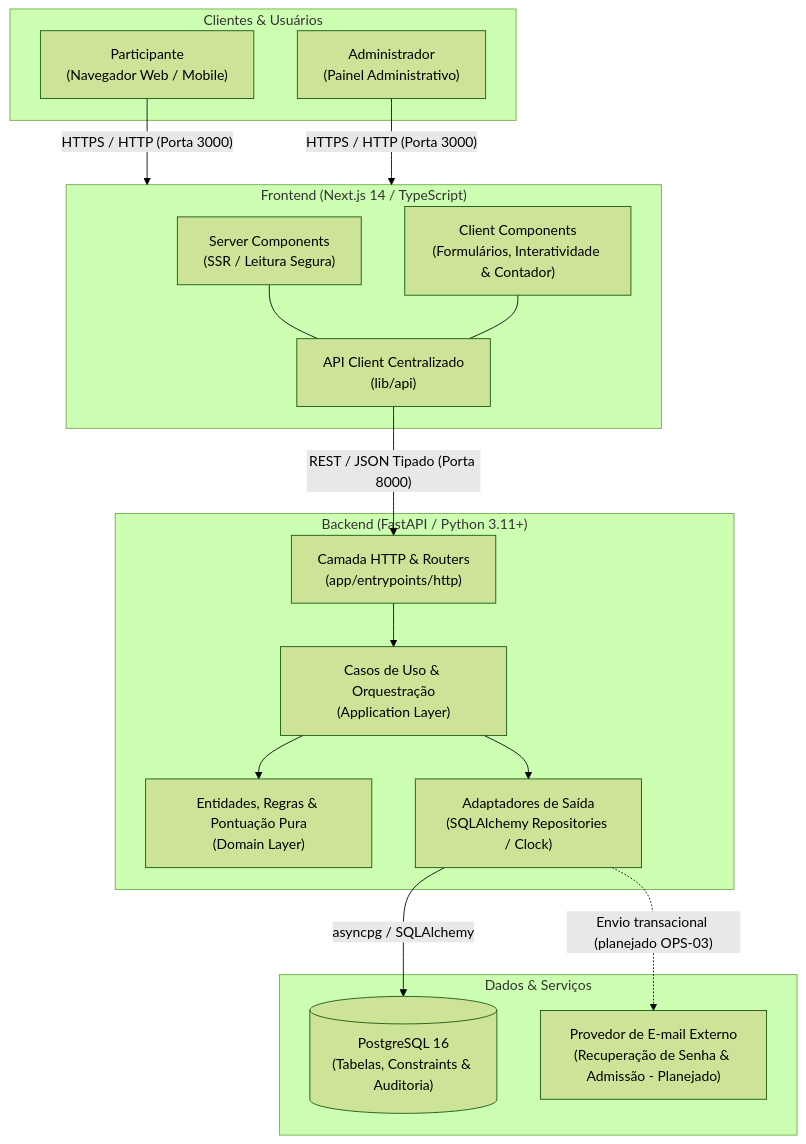
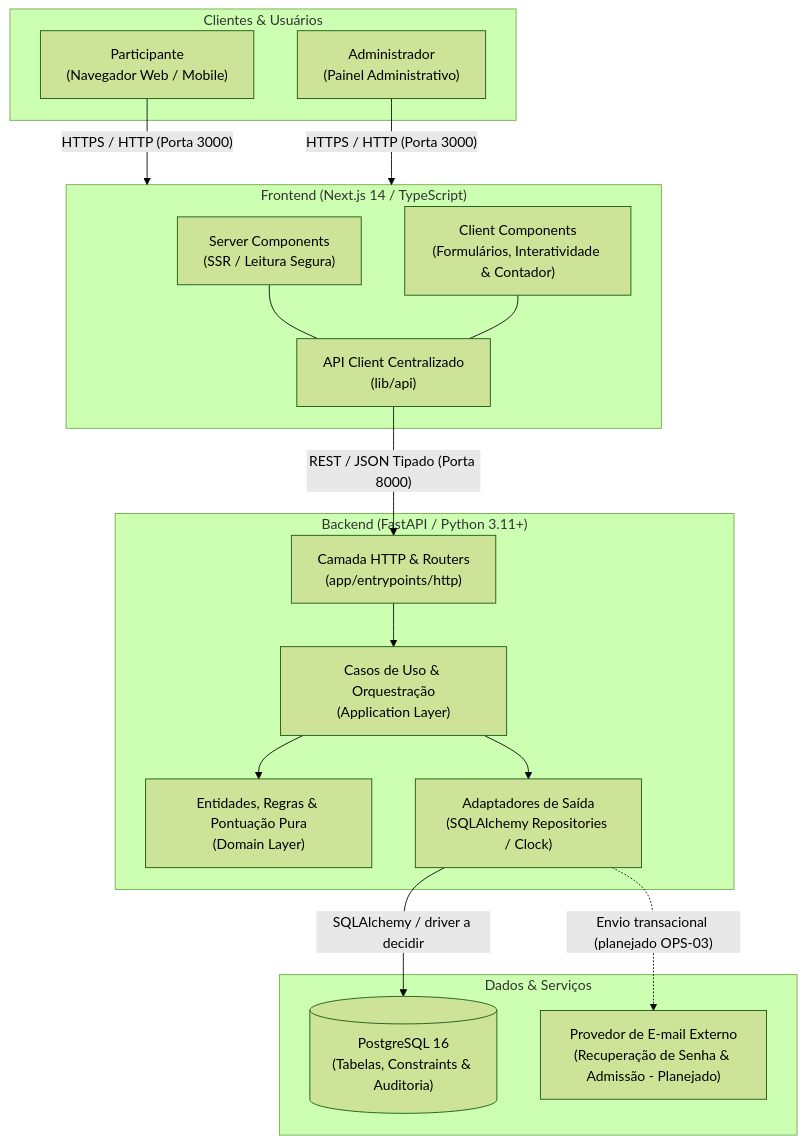
The first of 4 diagrams in README.md (malvesro/bolaoCopaFifa2027), drawn with Mermaid (forest theme) before and after one commit. The commit also changed other lines of this file and 10 other files, not shown here.

````diff
--- a/README.md
+++ b/README.md
@@ -76,37 +78,37 @@
 ```mermaid
 flowchart TB
   subgraph Clientes["Clientes & Usuários"]
     P["Participante\n(Navegador Web / Mobile)"]
     A["Administrador\n(Painel Administrativo)"]
   end
 
   subgraph FrontendApp["Frontend (Next.js 14 / TypeScript)"]
     RSC["Server Components\n(SSR / Leitura Segura)"]
     CC["Client Components\n(Formulários, Interatividade & Contador)"]
     APIClient["API Client Centralizado\n(lib/api)"]
     RSC --- APIClient
     CC --- APIClient
   end
 
   subgraph BackendApp["Backend (FastAPI / Python 3.11+)"]
     HTTP["Camada HTTP & Routers\n(app/entrypoints/http)"]
     AppLayer["Casos de Uso & Orquestração\n(Application Layer)"]
     DomainLayer["Entidades, Regras & Pontuação Pura\n(Domain Layer)"]
     Adapters["Adaptadores de Saída\n(SQLAlchemy Repositories / Clock)"]
     
     HTTP --> AppLayer
     AppLayer --> DomainLayer
     AppLayer --> Adapters
   end
 
   subgraph Persistencia["Dados & Serviços"]
     DB[("PostgreSQL 16\n(Tabelas, Constraints & Auditoria)")]
     MailSvc["Provedor de E-mail Externo\n(Recuperação de Senha & Admissão - Planejado)"]
   end
 
   P -->|"HTTPS / HTTP (Porta 3000)"| FrontendApp
   A -->|"HTTPS / HTTP (Porta 3000)"| FrontendApp
   APIClient -->|"REST / JSON Tipado (Porta 8000)"| HTTP
-  Adapters -->|"asyncpg / SQLAlchemy"| DB
+  Adapters -->|"SQLAlchemy / driver a decidir"| DB
   Adapters -.->|"Envio transacional (planejado OPS-03)"| MailSvc
 ```
````
